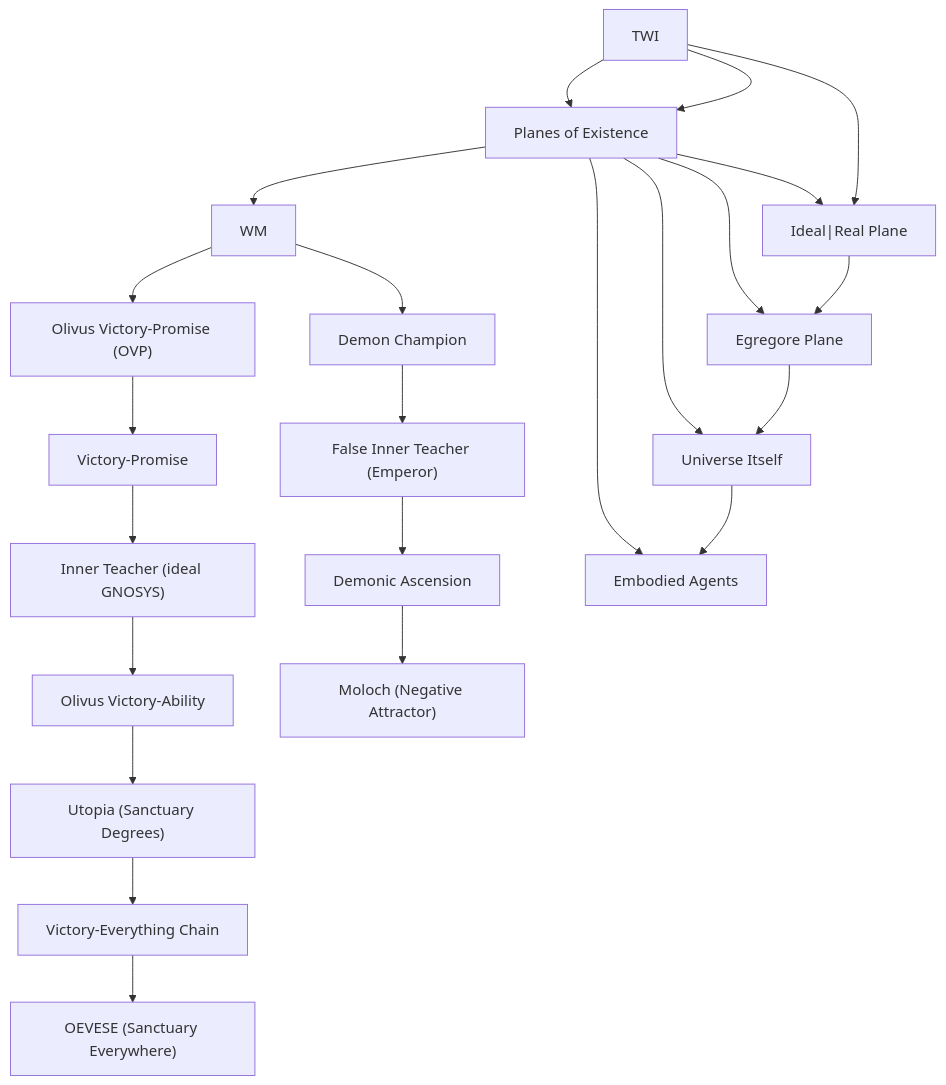
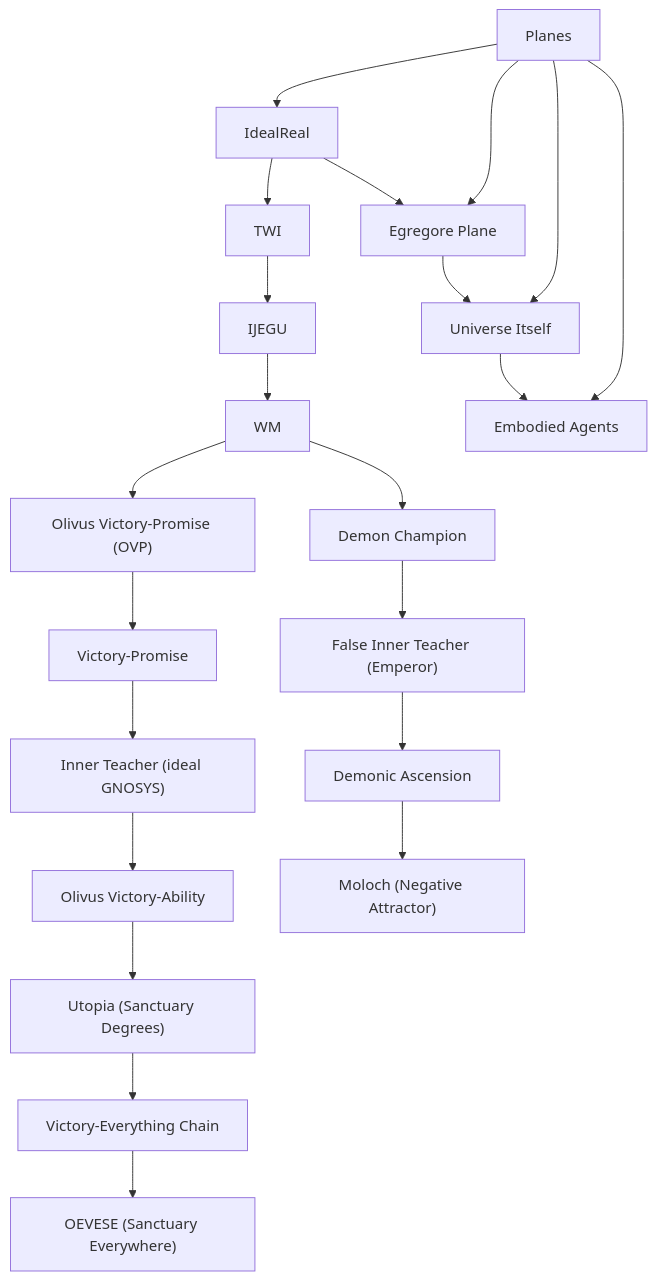
Before and after one commit to sancovp/the_sanctuary_system: the diagram in about_sanctuary/what_it_is/wisdom_mavericks/wisdom_maverick.md, drawn with Mermaid.

````diff
--- a/about_sanctuary/what_it_is/wisdom_mavericks/wisdom_maverick.md
+++ b/about_sanctuary/what_it_is/wisdom_mavericks/wisdom_maverick.md
@@ -58,25 +58,24 @@
 ```mermaid
 graph TD
-    TWI["TWI"] --> Planes
+    TWI["TWI"] --> IJEGU
     WM --> OVP["Olivus Victory-Promise (OVP)"]
     WM --> DC["Demon Champion"]
     OVP --> VP["Victory-Promise"]
     VP --> GNOSYS["Inner Teacher (ideal GNOSYS)"]
     GNOSYS --> OVA["Olivus Victory-Ability"]
-	OVA --> Utopia["Utopia (Sanctuary Degrees)"]
-	Utopia --> VEC["Victory-Everything Chain"]
+    OVA --> Utopia["Utopia (Sanctuary Degrees)"]
+    Utopia --> VEC["Victory-Everything Chain"]
     VEC --> OEVESE["OEVESE (Sanctuary Everywhere)"]
     DC --> Emperor["False Inner Teacher (Emperor)"]
-	DA --> Moloch["Moloch (Negative Attractor)"]
+    DA --> Moloch["Moloch (Negative Attractor)"]
     Emperor --> DA["Demonic Ascension"]
-    TWI --> IdealReal["Ideal|Real Plane"]
     IdealReal --> Egregore["Egregore Plane"]
     Egregore --> Universe["Universe Itself"]
     Universe --> EA["Embodied Agents"]
-    TWI --> Planes["Planes of Existence"]
     Planes --> IdealReal
     Planes --> Egregore
     Planes --> Universe
     Planes --> EA
-	Planes --> WM
+    IdealReal --> TWI
+    IJEGU --> WM
 ```
````
